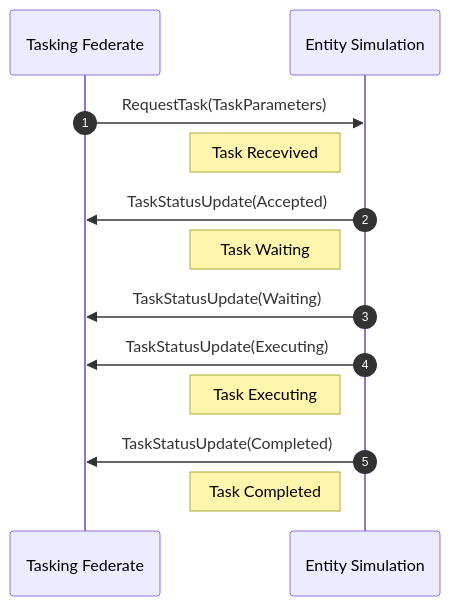
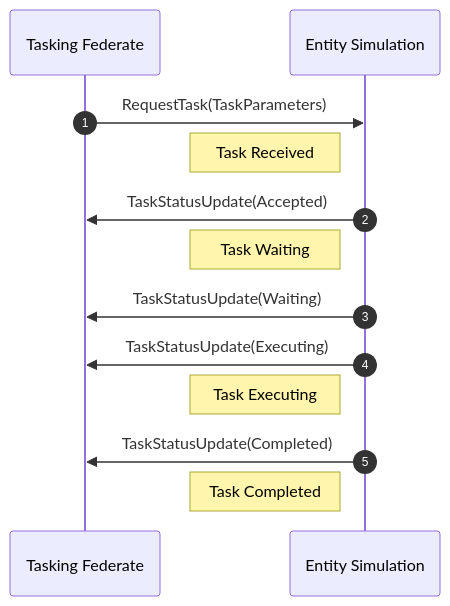
The first of 3 diagrams in NETN-ETR.md (AMSP-04/NETN-ETR), drawn with Mermaid before and after one commit. The commit also changed other lines of this file and 3 other files, not shown here.

`````diff
--- a/NETN-ETR.md
+++ b/NETN-ETR.md
@@ -47,13 +46,13 @@
 ```mermaid
 sequenceDiagram
 autonumber
 Tasking Federate->>Entity Simulation:RequestTask(TaskParameters)
-Note left of Entity Simulation: Task Recevived
+Note left of Entity Simulation: Task Received
 Entity Simulation->>Tasking Federate:TaskStatusUpdate(Accepted)
 Note left of Entity Simulation: Task Waiting
 Entity Simulation->>Tasking Federate:TaskStatusUpdate(Waiting)
 Entity Simulation->>Tasking Federate:TaskStatusUpdate(Executing)
 Note left of Entity Simulation: Task Executing
 Entity Simulation->>Tasking Federate:TaskStatusUpdate(Completed)
 Note left of Entity Simulation: Task Completed
 ````
`````
